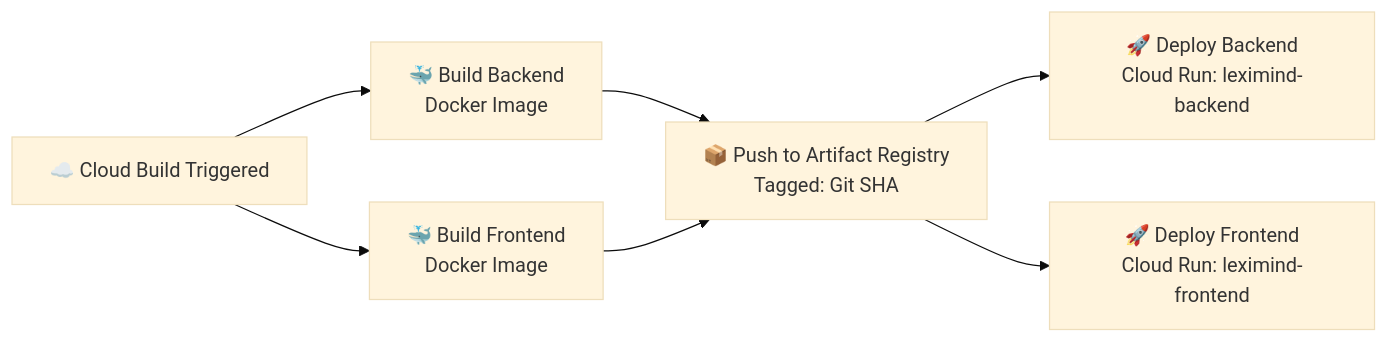
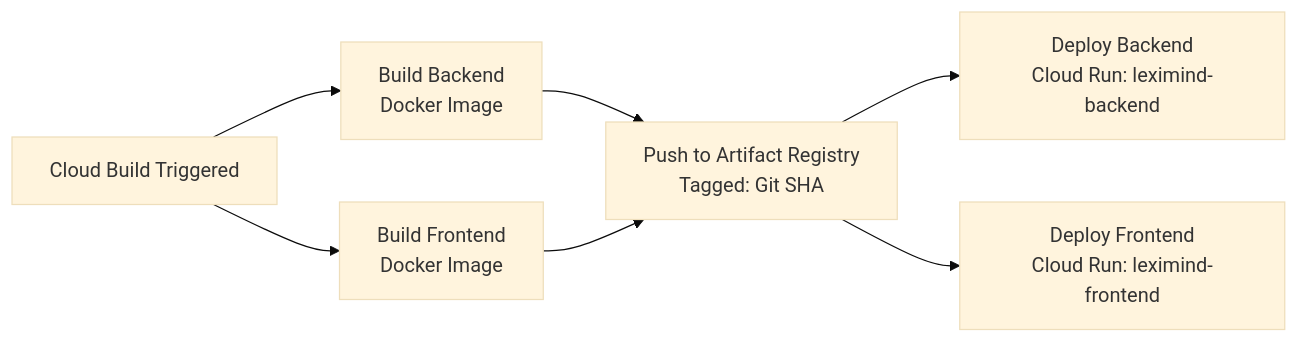
One commit to mahak-codes22/leximind-ai changed the fourth of 4 diagrams in README.md. Above: the diagram before and after it, drawn with Mermaid (base theme). The commit also changed other lines of this file, not shown here.

````diff
--- a/README.md
+++ b/README.md
@@ -473,9 +473,9 @@
 ```mermaid
 flowchart LR
-    S["☁️ Cloud Build Triggered"] --> B1["🐳 Build Backend\nDocker Image"]
-    S --> B2["🐳 Build Frontend\nDocker Image"]
-    B1 --> P["📦 Push to Artifact Registry\nTagged: Git SHA"]
+    S[" Cloud Build Triggered"] --> B1[" Build Backend\nDocker Image"]
+    S --> B2[" Build Frontend\nDocker Image"]
+    B1 --> P[" Push to Artifact Registry\nTagged: Git SHA"]
     B2 --> P
-    P --> D1["🚀 Deploy Backend\nCloud Run: leximind-backend"]
-    P --> D2["🚀 Deploy Frontend\nCloud Run: leximind-frontend"]
+    P --> D1[" Deploy Backend\nCloud Run: leximind-backend"]
+    P --> D2[" Deploy Frontend\nCloud Run: leximind-frontend"]
 ```
````
